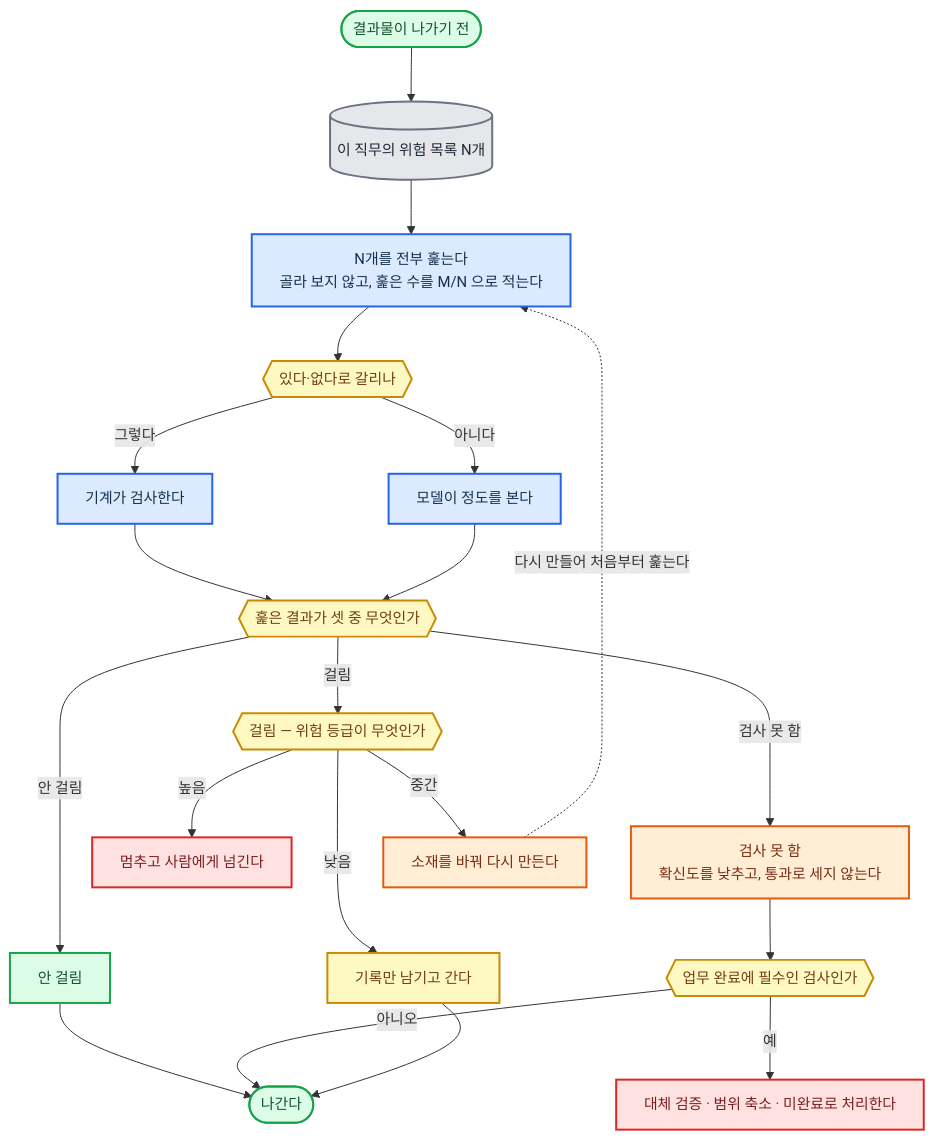
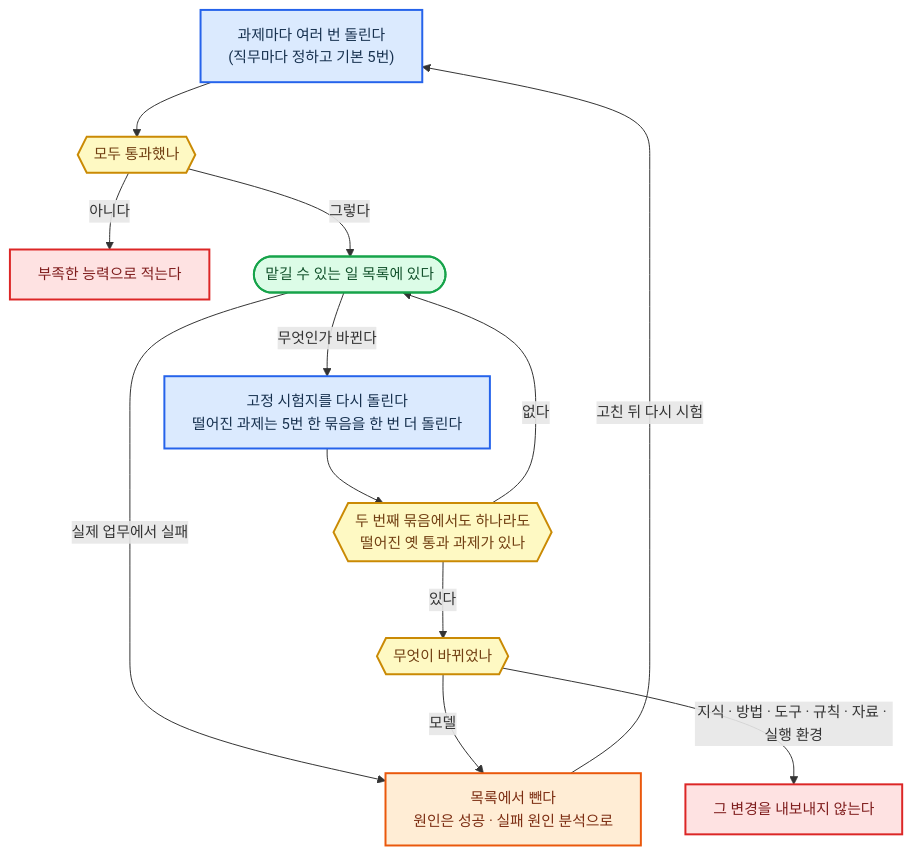
One commit to harisbaguette/expert changed diagram 13 of 14 in 전문가 에이전트 정의 2.md. Above: the diagram before and after it, drawn with Mermaid. The commit also changed other lines of this file and 2 other files, not shown here.

````diff
--- a/전문가 에이전트 정의 2.md
+++ b/전문가 에이전트 정의 2.md
@@ -1965,45 +2100,18 @@
 ```mermaid
 %%{init: {"flowchart": {"wrappingWidth": 640, "curve": "basis", "nodeSpacing": 45, "rankSpacing": 55, "padding": 14, "useMaxWidth": true}, "themeVariables": {"fontSize": "15px"}} }%%
 flowchart TB
-    S(["결과물이 나가기 전"]):::good
-    L[("이 직무의 위험 목록 N개")]:::store
-    ALL["N개를 전부 훑는다<br/>골라 보지 않고, 훑은 수를 M/N 으로 적는다"]:::main
-    K{{"있다·없다로 갈리나"}}:::note
-    KM["기계가 검사한다"]:::main
-    KL["모델이 정도를 본다"]:::main
-    R{{"훑은 결과가 셋 중 무엇인가"}}:::note
-    R1["안 걸림"]:::good
-    R2["검사 못 함<br/>확신도를 낮추고, 통과로 세지 않는다"]:::back
-    R3{{"걸림 — 위험 등급이 무엇인가"}}:::note
-    A1["멈추고 사람에게 넘긴다"]:::stop
-    A2["소재를 바꿔 다시 만든다"]:::back
-    A3["기록만 남기고 간다"]:::note
-    ALT["대체 검증 · 범위 축소 · 미완료로 처리한다"]:::stop
-    OUT(["나간다"]):::good
-    A2 -. "다시 만들어 처음부터 훑는다" .-> ALL
-    S --> L
-    L --> ALL
-    ALL --> K
-    K -- "그렇다" --> KM
-    K -- "아니다" --> KL
-    KM --> R
-    KL --> R
-    R -- "안 걸림" --> R1
-    R -- "검사 못 함" --> R2
-    R -- "걸림" --> R3
-    R3 -- "높음" --> A1
-    R3 -- "중간" --> A2
-    R3 -- "낮음" --> A3
-    R1 --> OUT
-    R2 --> REQUIRED{{"업무 완료에 필수인 검사인가"}}:::note
-    REQUIRED -->|예| ALT
-    REQUIRED -->|아니오| OUT
-    A3 --> OUT
-    A2 ~~~ A3
+    T["과제마다 여러 번 돌린다<br/>(직무마다 정하고 기본 5번)"]:::main --> P{{"모두 통과했나"}}:::note
+    P -- "아니다" --> NO["부족한 능력으로 적는다"]:::stop
+    P -- "그렇다" --> IN(["맡길 수 있는 일 목록에 있다"]):::good
+    IN -- "실제 업무에서 실패" --> OUT["목록에서 뺀다<br/>원인은 성공 · 실패 원인 분석으로"]:::back -- "고친 뒤 다시 시험" --> T
+    IN -- "무엇인가 바뀐다" --> CH["고정 시험지를 다시 돌린다<br/>떨어진 과제는 5번 한 묶음을 한 번 더 돌린다"]:::main --> D{{"두 번째 묶음에서도 하나라도<br/>떨어진 옛 통과 과제가 있나"}}:::note
+    D -- "없다" --> IN
+    D -- "있다" --> K{{"무엇이 바뀌었나"}}:::note
+    K -- "모델" --> OUT
+    K -- "지식 · 방법 · 도구 · 규칙 · 자료 · 실행 환경" --> BLOCK["그 변경을 내보내지 않는다"]:::stop
     classDef main fill:#dbeafe,stroke:#2563eb,stroke-width:2px,color:#17314f
     classDef stop fill:#fee2e2,stroke:#dc2626,stroke-width:2px,color:#7f1d1d
     classDef back fill:#ffedd5,stroke:#ea580c,stroke-width:2px,color:#7c2d12
-    classDef store fill:#e5e7eb,stroke:#6b7280,stroke-width:2px,color:#1f2937
     classDef good fill:#dcfce7,stroke:#16a34a,stroke-width:2px,color:#14532d
     classDef note fill:#fef9c3,stroke:#ca8a04,stroke-width:2px,color:#713f12
 ```
````
